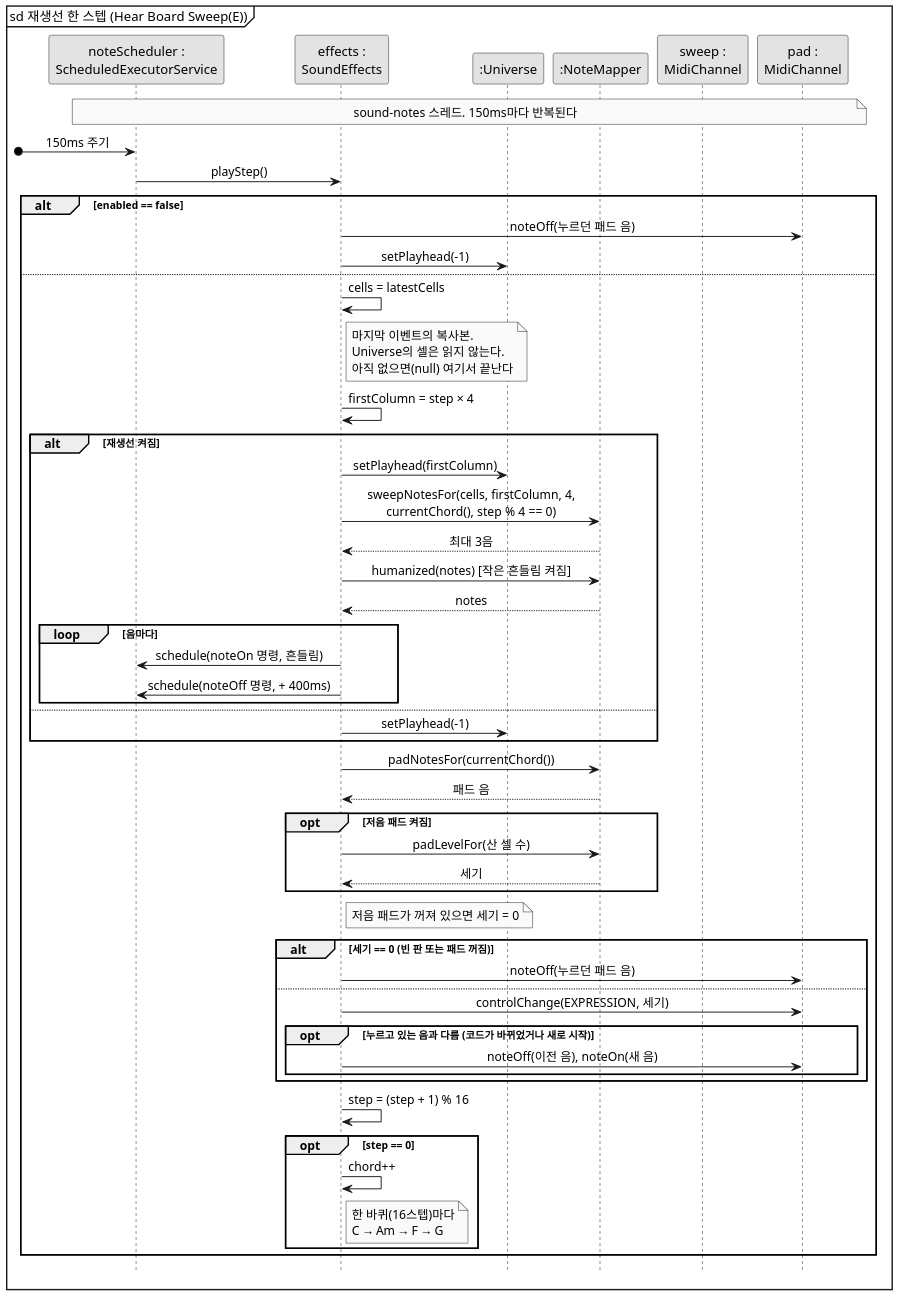
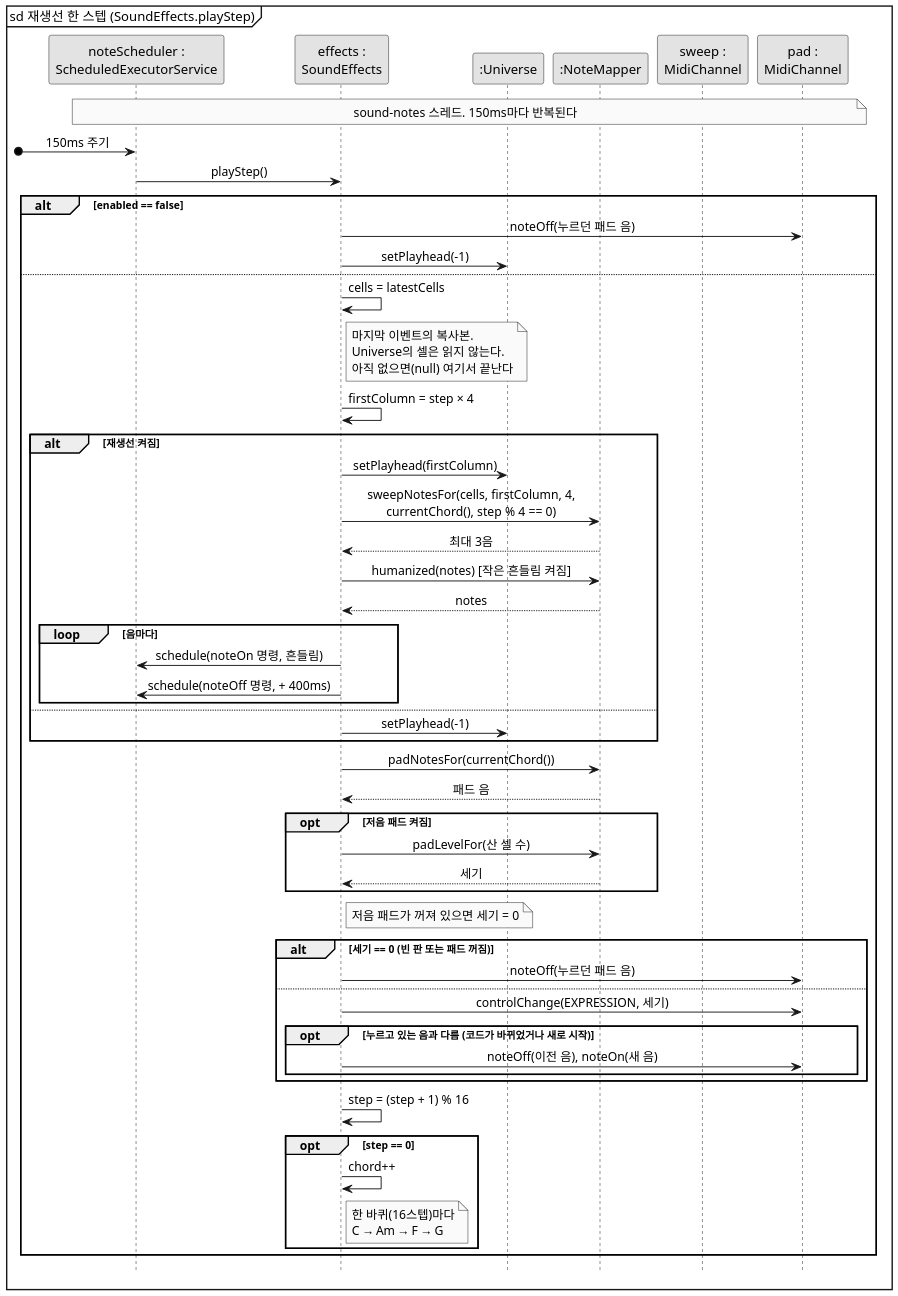
Before and after one commit to mckimR1972/DP_team_project: the diagram in docs/sound-effects/diagram/sd-sweep.puml, drawn with PlantUML. The commit also changed 7 other files, not shown here.

First line of the commit message:
docs(sound): 유스케이스를 전체 유스케이스 다이어그램에 맞춤

```diff
--- a/docs/sound-effects/diagram/sd-sweep.puml
+++ b/docs/sound-effects/diagram/sd-sweep.puml
@@ -1,66 +1,66 @@
 @startuml sd-sweep
 skinparam monochrome true
 skinparam dpi 150
 skinparam shadowing false
 skinparam defaultFontName "Malgun Gothic"
 skinparam sequenceMessageAlign center
 hide footbox
-mainframe sd 재생선 한 스텝 (Hear Board Sweep(E))
+mainframe sd 재생선 한 스텝 (SoundEffects.playStep)
 
 participant "noteScheduler :\nScheduledExecutorService" as Q
 participant "effects :\nSoundEffects" as S
 participant ":Universe" as U
 participant ":NoteMapper" as NM
 participant "sweep :\nMidiChannel" as SW
 participant "pad :\nMidiChannel" as P
 
 note over Q, P : sound-notes 스레드. 150ms마다 반복된다
 
 [o-> Q : 150ms 주기
 Q -> S : playStep()
 
 alt enabled == false
   S -> P : noteOff(누르던 패드 음)
   S -> U : setPlayhead(-1)
 else
   S -> S : cells = latestCells
   note right of S : 마지막 이벤트의 복사본.\nUniverse의 셀은 읽지 않는다.\n아직 없으면(null) 여기서 끝난다
   S -> S : firstColumn = step × 4
 
   alt 재생선 켜짐
     S -> U : setPlayhead(firstColumn)
     S -> NM : sweepNotesFor(cells, firstColumn, 4,\ncurrentChord(), step % 4 == 0)
     NM --> S : 최대 3음
     S -> NM : humanized(notes) [작은 흔들림 켜짐]
     NM --> S : notes
     loop 음마다
       S -> Q : schedule(noteOn 명령, 흔들림)
       S -> Q : schedule(noteOff 명령, + 400ms)
     end
   else
     S -> U : setPlayhead(-1)
   end
 
   S -> NM : padNotesFor(currentChord())
   NM --> S : 패드 음
   opt 저음 패드 켜짐
     S -> NM : padLevelFor(산 셀 수)
     NM --> S : 세기
   end
   note right of S : 저음 패드가 꺼져 있으면 세기 = 0
   alt 세기 == 0 (빈 판 또는 패드 꺼짐)
     S -> P : noteOff(누르던 패드 음)
   else
     S -> P : controlChange(EXPRESSION, 세기)
     opt 누르고 있는 음과 다름 (코드가 바뀌었거나 새로 시작)
       S -> P : noteOff(이전 음), noteOn(새 음)
     end
   end
 
   S -> S : step = (step + 1) % 16
   opt step == 0
     S -> S : chord++
     note right of S : 한 바퀴(16스텝)마다\nC → Am → F → G
   end
 end
 @enduml
```
